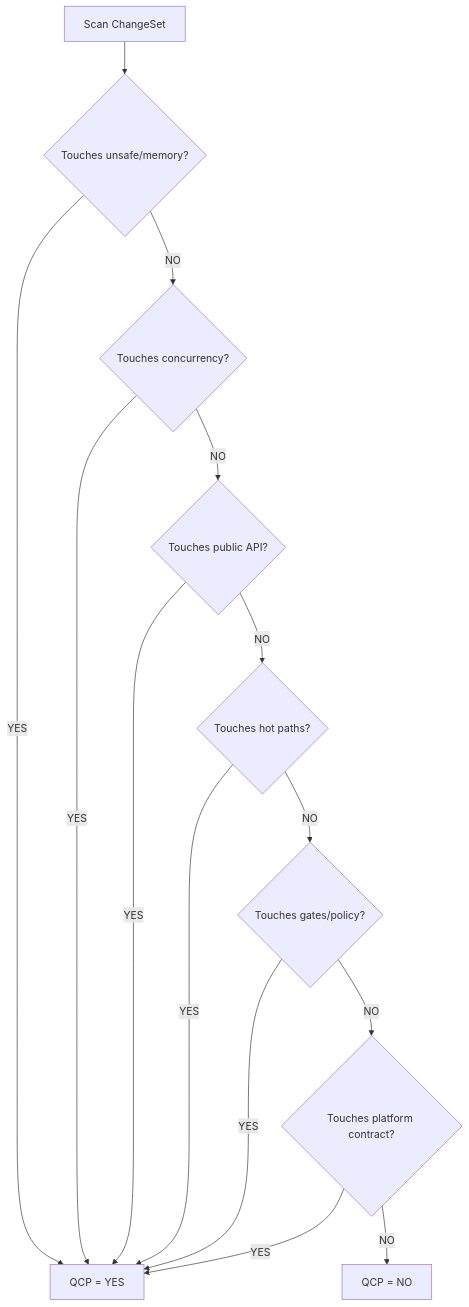
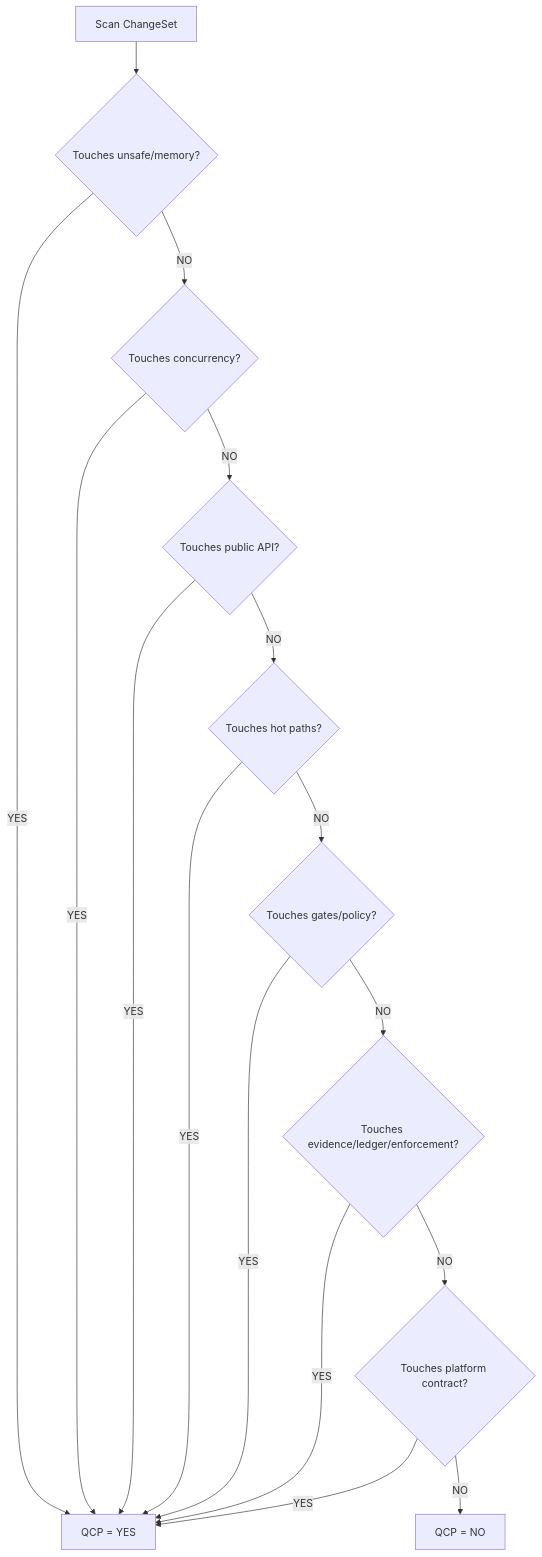
The diagram in documents/skills/rust-standards/references/04_qcp_classification.md (rumi-engineering/apm2), drawn with Mermaid before and after one commit. The commit also changed other lines of this file and 5 other files, not shown here.

````diff
--- a/documents/skills/rust-standards/references/04_qcp_classification.md
+++ b/documents/skills/rust-standards/references/04_qcp_classification.md
@@ -14,19 +14,21 @@
 ```mermaid
 flowchart TD
     START[Scan ChangeSet] --> A{Touches unsafe/memory?}
     A -->|YES| QCP_YES
     A -->|NO| B{Touches concurrency?}
     B -->|YES| QCP_YES
     B -->|NO| C{Touches public API?}
     C -->|YES| QCP_YES
     C -->|NO| D{Touches hot paths?}
     D -->|YES| QCP_YES
     D -->|NO| E{Touches gates/policy?}
     E -->|YES| QCP_YES
-    E -->|NO| F{Touches platform contract?}
+    E -->|NO| F{Touches evidence/ledger/enforcement?}
     F -->|YES| QCP_YES
-    F -->|NO| QCP_NO
+    F -->|NO| G{Touches platform contract?}
+    G -->|YES| QCP_YES
+    G -->|NO| QCP_NO
 
     QCP_YES[QCP = YES]
     QCP_NO[QCP = NO]
 ```
````
